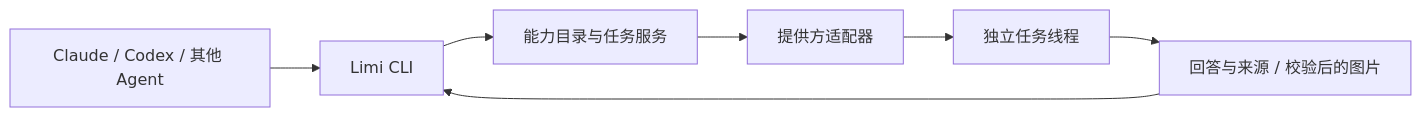
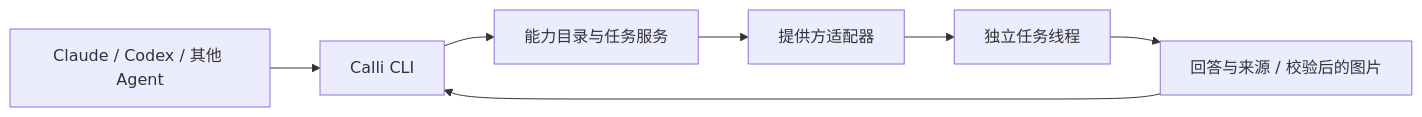
The diagram in docs/borrowed-tools.md (Littlezjh/calli), drawn with Mermaid before and after one commit. The commit also changed other lines of this file and 330 other files, not shown here.

````diff
--- a/docs/borrowed-tools.md
+++ b/docs/borrowed-tools.md
@@ -16,9 +16,9 @@
 ```mermaid
 flowchart LR
-  A[Claude / Codex / 其他 Agent] --> B[Limi CLI]
+  A[Claude / Codex / 其他 Agent] --> B[Calli CLI]
   B --> C[能力目录与任务服务]
   C --> D[提供方适配器]
   D --> E[独立任务线程]
   E --> F[回答与来源 / 校验后的图片]
   F --> B
 ```
````
